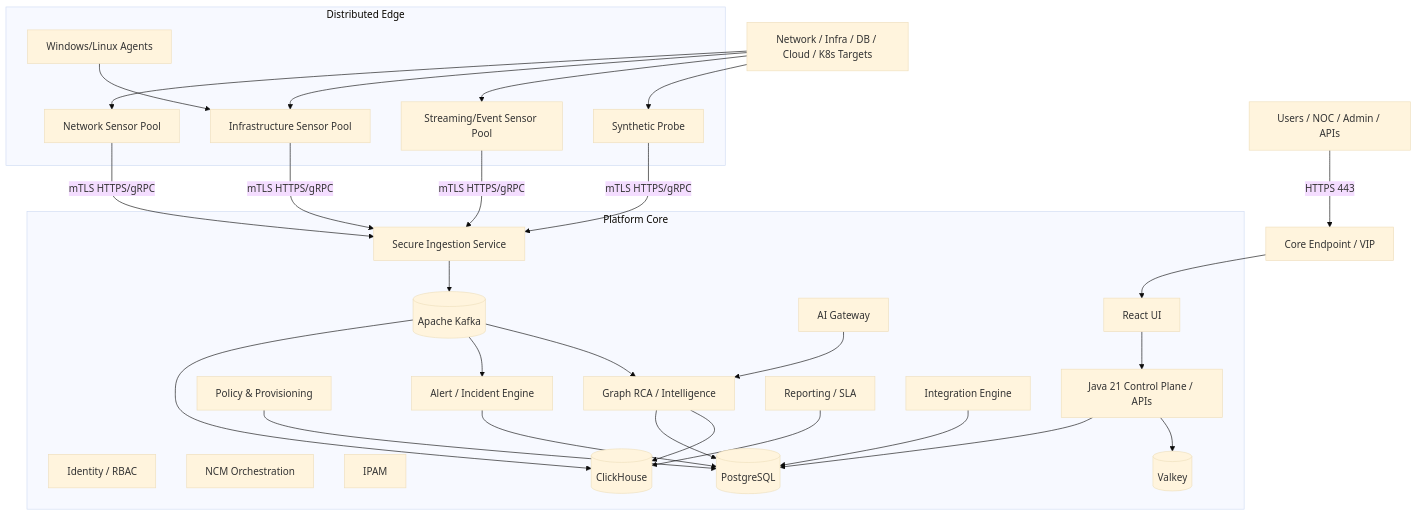
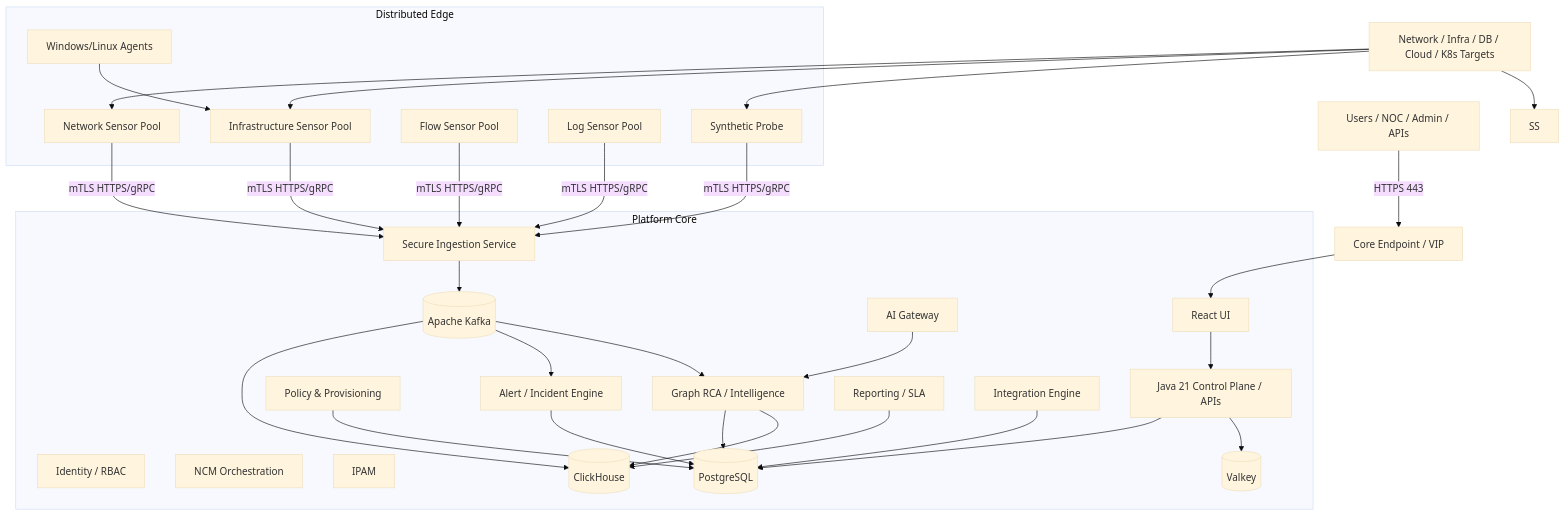
The first of 10 diagrams in project_documentation/Platform_03_Architecture.md (gagandsm-max/platform), drawn with Mermaid (base theme) before and after one commit. The commit also changed other lines of this file, not shown here.

Commit message:
docs: reconcile architecture references to dedicated Flow/Log Sensors

````diff
--- a/project_documentation/Platform_03_Architecture.md
+++ b/project_documentation/Platform_03_Architecture.md
@@ -61,58 +61,60 @@
 ```mermaid
 flowchart TB
     U[Users / NOC / Admin / APIs] -->|HTTPS 443| CE[Core Endpoint / VIP]
 
     subgraph CORE[Platform Core]
       UI[React UI]
       API[Java 21 Control Plane / APIs]
       ING[Secure Ingestion Service]
       POL[Policy & Provisioning]
       IAM[Identity / RBAC]
       ALT[Alert / Incident Engine]
       RCA[Graph RCA / Intelligence]
       RPT[Reporting / SLA]
       INT[Integration Engine]
       NCM[NCM Orchestration]
       IPAM[IPAM]
       AI[AI Gateway]
       PG[(PostgreSQL)]
       CH[(ClickHouse)]
       K[(Apache Kafka)]
       V[(Valkey)]
     end
 
     CE --> UI
     UI --> API
     API --> PG
     API --> V
     ING --> K
     K --> CH
     K --> ALT
     K --> RCA
     POL --> PG
     ALT --> PG
     RCA --> PG
     RCA --> CH
     RPT --> CH
     INT --> PG
     AI --> RCA
 
     subgraph EDGE[Distributed Edge]
       NS[Network Sensor Pool]
       IS[Infrastructure Sensor Pool]
-      SS[Streaming/Event Sensor Pool]
+      FS[Flow Sensor Pool]
+      LS[Log Sensor Pool]
       SP[Synthetic Probe]
       AG[Windows/Linux Agents]
     end
 
     NS -->|mTLS HTTPS/gRPC| ING
     IS -->|mTLS HTTPS/gRPC| ING
-    SS -->|mTLS HTTPS/gRPC| ING
+    FS -->|mTLS HTTPS/gRPC| ING
+    LS -->|mTLS HTTPS/gRPC| ING
     SP -->|mTLS HTTPS/gRPC| ING
     AG --> IS
 
     DEV[Network / Infra / DB / Cloud / K8s Targets] --> NS
     DEV --> IS
     DEV --> SS
     DEV --> SP
 ```
````
